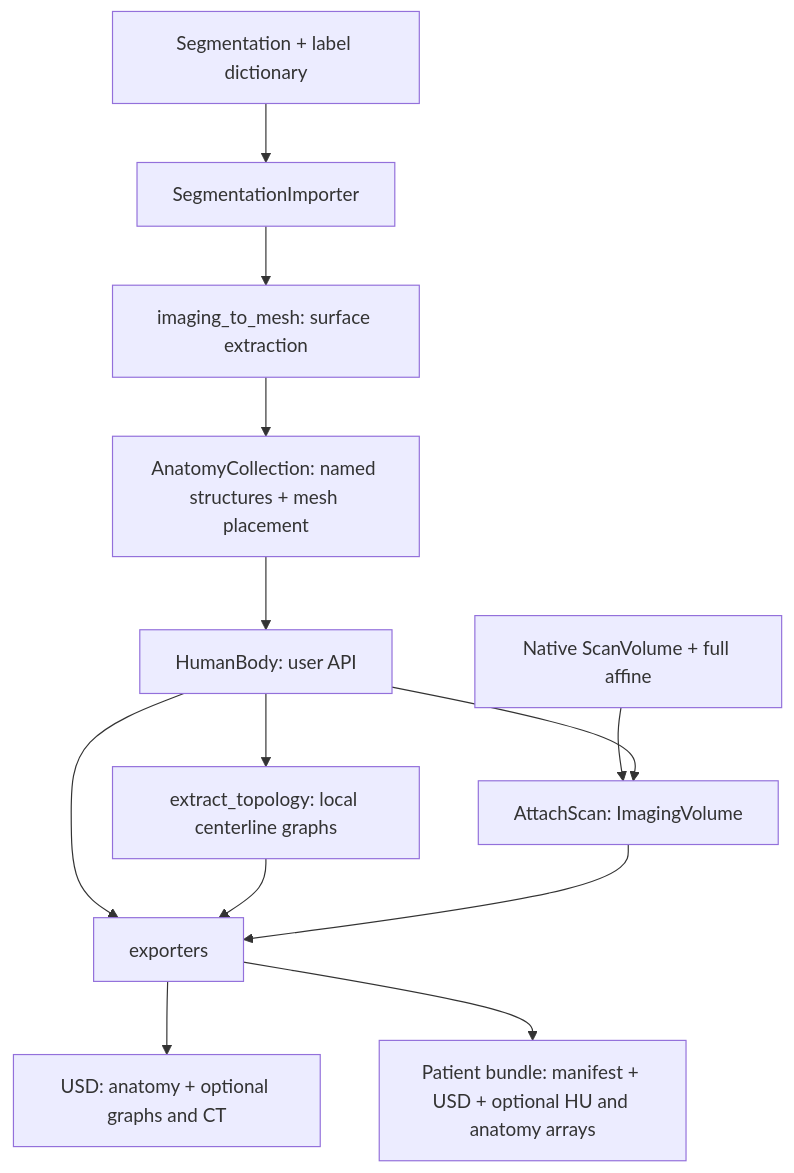
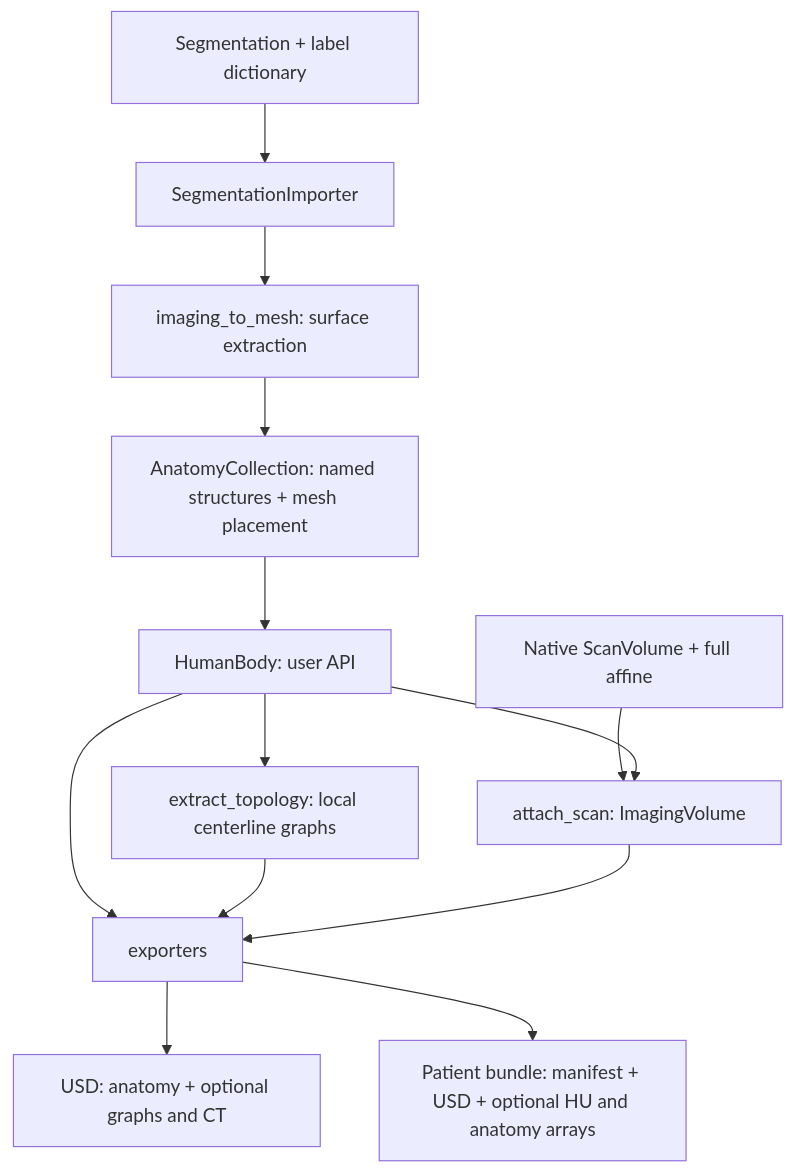
One commit to isaac-for-healthcare/i4h-digital-twin changed the diagram in patient-digital-twin/patient_digital_twin/README.md. Above: the diagram before and after it, drawn with Mermaid. The commit also changed other lines of this file and 35 other files, not shown here.

````diff
--- a/patient-digital-twin/patient_digital_twin/README.md
+++ b/patient-digital-twin/patient_digital_twin/README.md
@@ -9,15 +9,15 @@
 ```mermaid
 flowchart TD
     S["Segmentation + label dictionary"] --> I["SegmentationImporter"]
     I --> M["imaging_to_mesh: surface extraction"]
     M --> A["AnatomyCollection: named structures + mesh placement"]
     A --> B["HumanBody: user API"]
     B --> T["extract_topology: local centerline graphs"]
-    CT["Native ScanVolume + full affine"] --> V["AttachScan: ImagingVolume"]
+    CT["Native ScanVolume + full affine"] --> V["attach_scan: ImagingVolume"]
     B --> V
     B --> E["exporters"]
     T --> E
     V --> E
     E --> U["USD: anatomy + optional graphs and CT"]
     E --> P["Patient bundle: manifest + USD + optional HU and anatomy arrays"]
 ```
````
